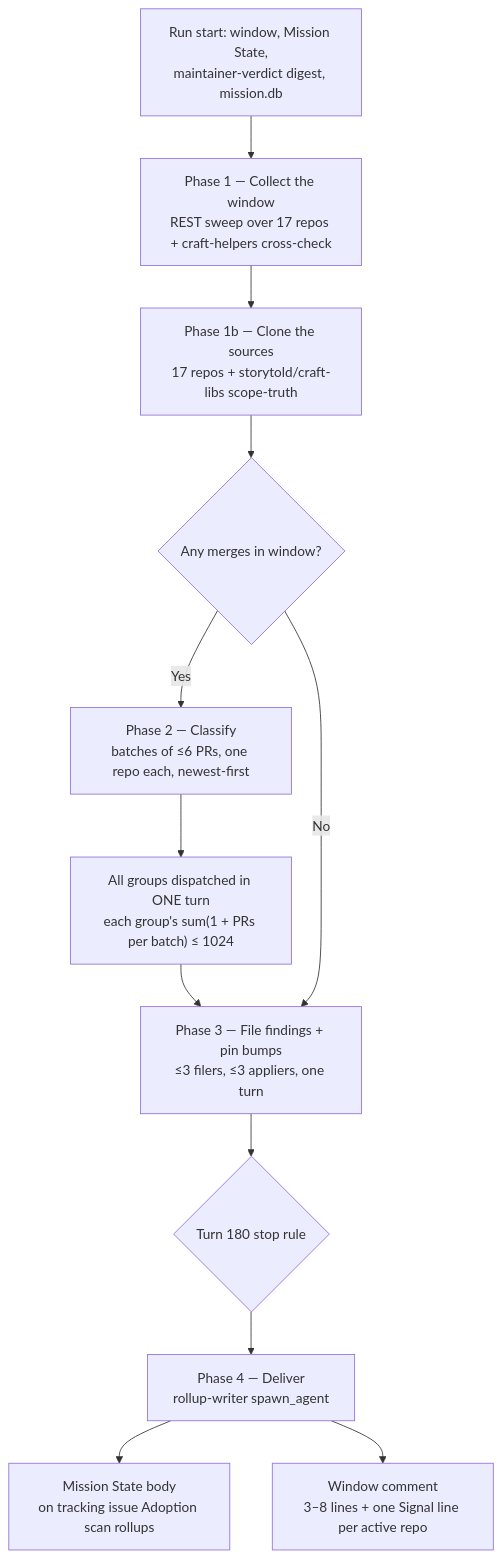
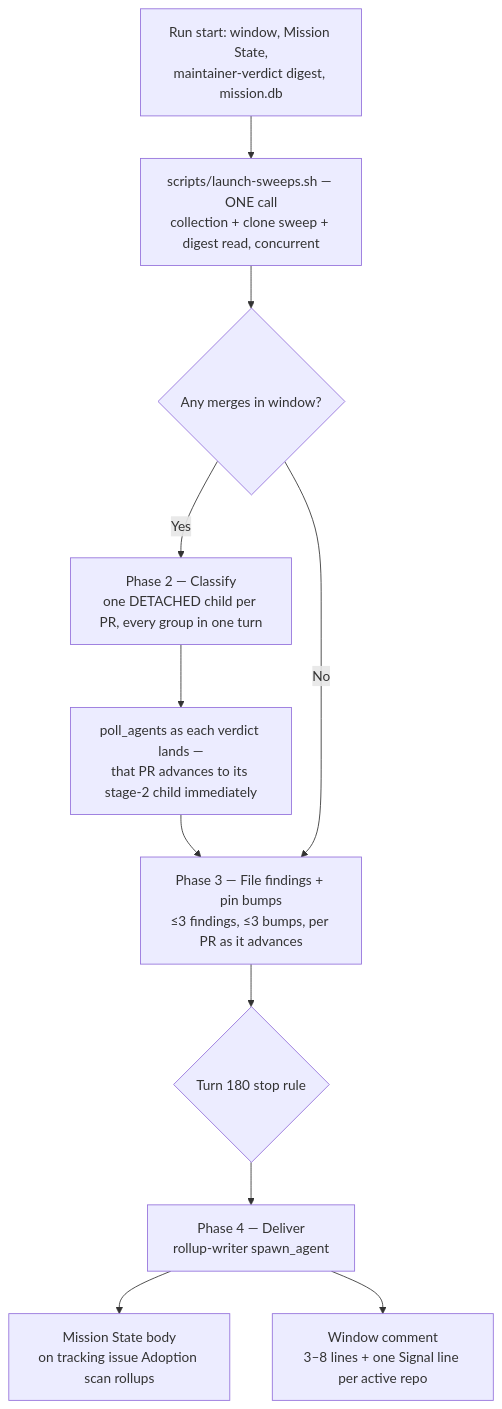
One commit to ahmedhosnypro/craft-libs-adoption changed the second of 12 diagrams in docs/workflow-diagrams.md. Above: the diagram before and after it, drawn with Mermaid. The commit also changed other lines of this file and 3 other files, not shown here.

First line of the commit message:
docs(scan): the diagrams and AGENTS.md describe the per-PR architecture

````diff
--- a/docs/workflow-diagrams.md
+++ b/docs/workflow-diagrams.md
@@ -64,14 +67,13 @@
 ```mermaid
 flowchart TD
-    Init["Run start: window, Mission State,<br/>maintainer-verdict digest, mission.db"] --> P1["Phase 1 — Collect the window<br/>REST sweep over 17 repos + craft-helpers cross-check"]
-    P1 --> P1b["Phase 1b — Clone the sources<br/>17 repos + storytold/craft-libs scope-truth"]
-    P1b --> Zero{"Any merges in window?"}
-    Zero -->|Yes| P2["Phase 2 — Classify<br/>batches of ≤6 PRs, one repo each, newest-first"]
-    P2 --> Groups["All groups dispatched in ONE turn<br/>each group's sum(1 + PRs per batch) ≤ 1024"]
-    Groups --> P3["Phase 3 — File findings + pin bumps<br/>≤3 filers, ≤3 appliers, one turn"]
+    Init["Run start: window, Mission State,<br/>maintainer-verdict digest, mission.db"] --> Sweep["scripts/launch-sweeps.sh — ONE call<br/>collection + clone sweep + digest read, concurrent"]
+    Sweep --> Zero{"Any merges in window?"}
+    Zero -->|Yes| P2["Phase 2 — Classify<br/>one DETACHED child per PR, every group in one turn"]
+    P2 --> Poll["poll_agents as each verdict lands —<br/>that PR advances to its stage-2 child immediately"]
+    Poll --> P3["Phase 3 — File findings + pin bumps<br/>≤3 findings, ≤3 bumps, per PR as it advances"]
     Zero -->|No| P3
     P3 --> Stop{"Turn 180 stop rule"}
     Stop --> P4["Phase 4 — Deliver<br/>rollup-writer spawn_agent"]
     P4 --> Body["Mission State body<br/>on tracking issue Adoption scan rollups"]
     P4 --> Comment["Window comment<br/>3–8 lines + one Signal line per active repo"]
 ```
````
